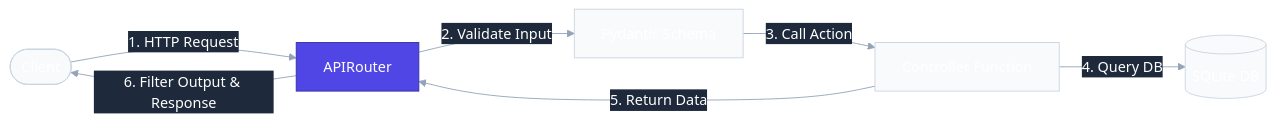
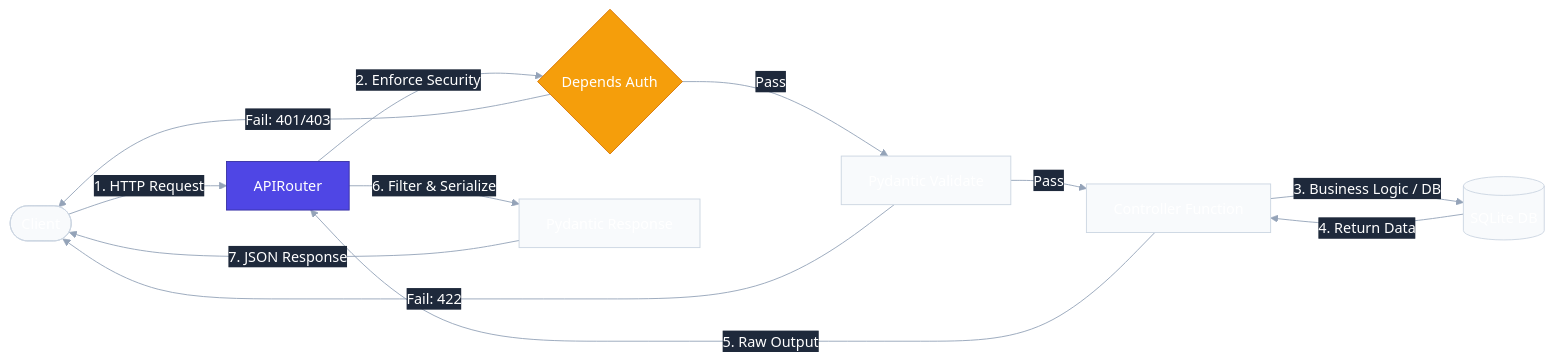
One commit to nakul-cloud/ecommerce-api changed the diagram in app/routes/README.md. Above: the diagram before and after it, drawn with Mermaid. The commit also changed other lines of this file and 8 other files, not shown here.

Commit message:
docs: add comprehensive architecture documentation across app modules

````diff
--- a/app/routes/README.md
+++ b/app/routes/README.md
@@ -58,12 +22,18 @@
 ```mermaid
 %%{init: {'theme': 'base', 'themeVariables': {'primaryColor': '#4f46e5', 'primaryTextColor': '#ffffff', 'primaryBorderColor': '#3730a3', 'lineColor': '#94a3b8', 'secondaryColor': '#10b981', 'tertiaryColor': '#f59e0b', 'background': '#ffffff', 'mainBkg': '#f8fafc', 'nodeBorder': '#cbd5e1', 'nodeTextColor': '#1e293b', 'textColor': '#ffffff', 'titleColor': '#ffffff', 'edgeLabelBackground': '#1e293b', 'clusterBkg': '#f1f5f9', 'clusterBorder': '#e2e8f0', 'actorBkg': '#f8fafc', 'actorBorder': '#cbd5e1', 'actorTextColor': '#1e293b', 'signalColor': '#4f46e5', 'signalTextColor': '#ffffff', 'noteBkgColor': '#fef08a', 'noteBorderColor': '#facc15', 'noteTextColor': '#713f12'}}}%%
 flowchart LR
     Client([Client]) -->|1. HTTP Request| Router[APIRouter]
-    Router -->|2. Validate Input| Schema[Pydantic Schema]
-    Schema -->|3. Call Action| Controller[Controller Function]
-    Controller -->|4. Query DB| DB[(SQLite DB)]
-    Controller -->|5. Return Data| Router
-    Router -->|6. Filter Output & Response| Client
+    Router -->|2. Enforce Security| Auth{Depends Auth}
+    Auth -->|Fail: 401/403| Client
+    Auth -->|Pass| Schema[Pydantic Validate]
+    Schema -->|Fail: 422| Client
+    Schema -->|Pass| Controller[Controller Function]
+    Controller -->|3. Business Logic / DB| DB[(SQLite DB)]
+    DB -->|4. Return Data| Controller
+    Controller -->|5. Raw Output| Router
+    Router -->|6. Filter & Serialize| Response[Pydantic Response]
+    Response -->|7. JSON Response| Client
     
     style Router fill:#4f46e5,stroke:#3730a3,color:#ffffff
+    style Auth fill:#f59e0b,stroke:#d97706,color:#ffffff
 ```
````
